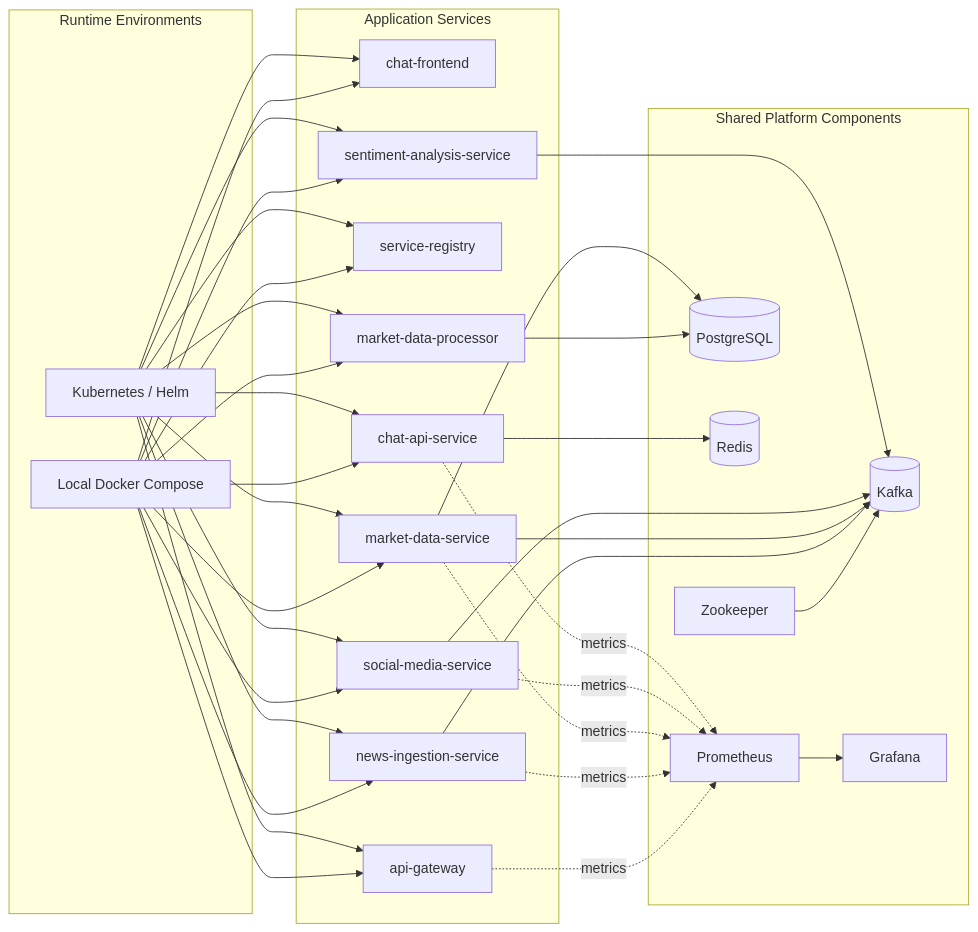
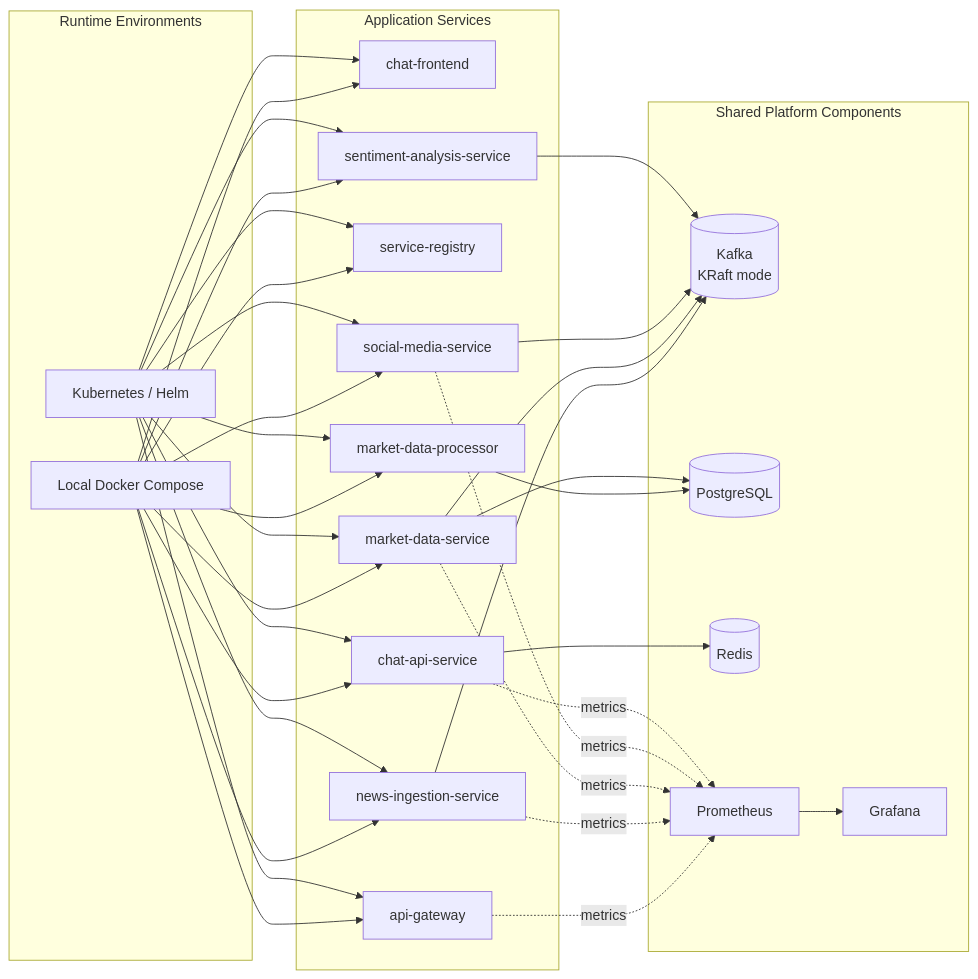
The third of 3 diagrams in docs/01-architecture-overview.md (abhijitpurru2/market-analysis), drawn with Mermaid before and after one commit. The commit also changed 6 other files, not shown here.

Commit message:
Migrate Kafka to KRaft and update deployment docs

````diff
--- a/docs/01-architecture-overview.md
+++ b/docs/01-architecture-overview.md
@@ -110,63 +110,61 @@
 ```mermaid
 flowchart LR
     subgraph Runtime Environments
         DEV[Local Docker Compose]
         K8S[Kubernetes / Helm]
     end
 
     subgraph Shared Platform Components
-        ZK[Zookeeper]
-        K[(Kafka)]
+        K[(Kafka<br/>KRaft mode)]
         PG[(PostgreSQL)]
         RD[(Redis)]
         PROM[Prometheus]
         GRAF[Grafana]
     end
 
     subgraph Application Services
         FE[chat-frontend]
         GW[api-gateway]
         SR[service-registry]
         NI[news-ingestion-service]
         MD[market-data-service]
         SM[social-media-service]
         CA[chat-api-service]
         SA[sentiment-analysis-service]
         MDP[market-data-processor]
     end
 
     DEV --> FE
     DEV --> GW
     DEV --> SR
     DEV --> NI
     DEV --> MD
     DEV --> SM
     DEV --> CA
     DEV --> SA
     DEV --> MDP
 
     K8S --> FE
     K8S --> GW
     K8S --> SR
     K8S --> NI
     K8S --> MD
     K8S --> SM
     K8S --> CA
     K8S --> SA
     K8S --> MDP
 
-    ZK --> K
     NI --> K
     MD --> K
     SM --> K
     SA --> K
     MDP --> PG
     MD --> PG
     CA --> RD
     GW -. metrics .-> PROM
     NI -. metrics .-> PROM
     MD -. metrics .-> PROM
     SM -. metrics .-> PROM
     CA -. metrics .-> PROM
     PROM --> GRAF
 ```
````
